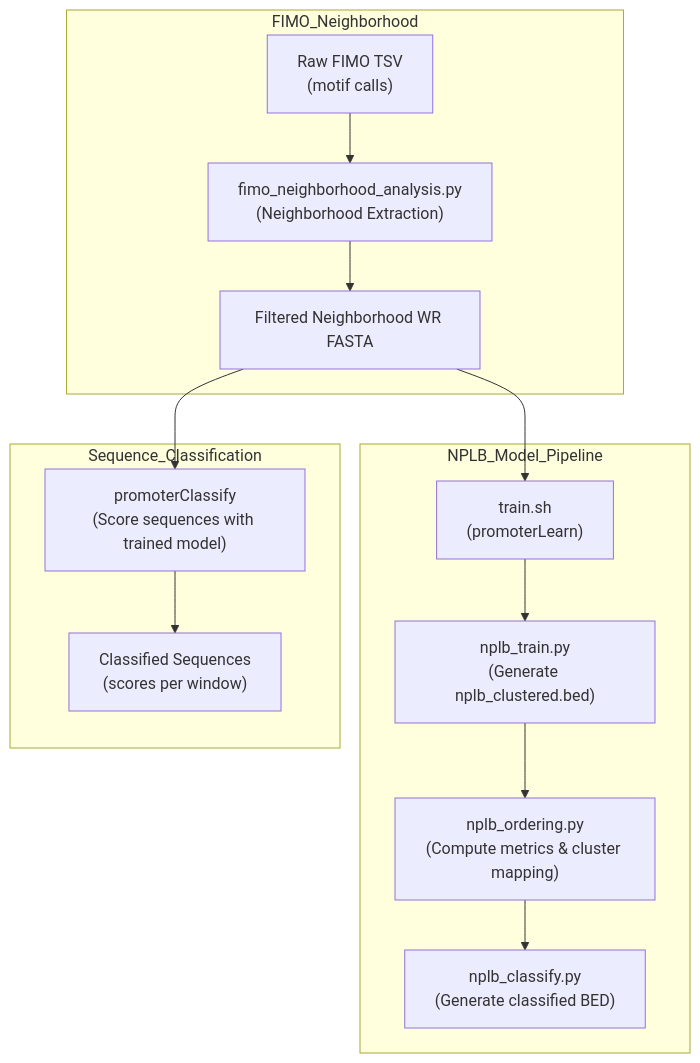
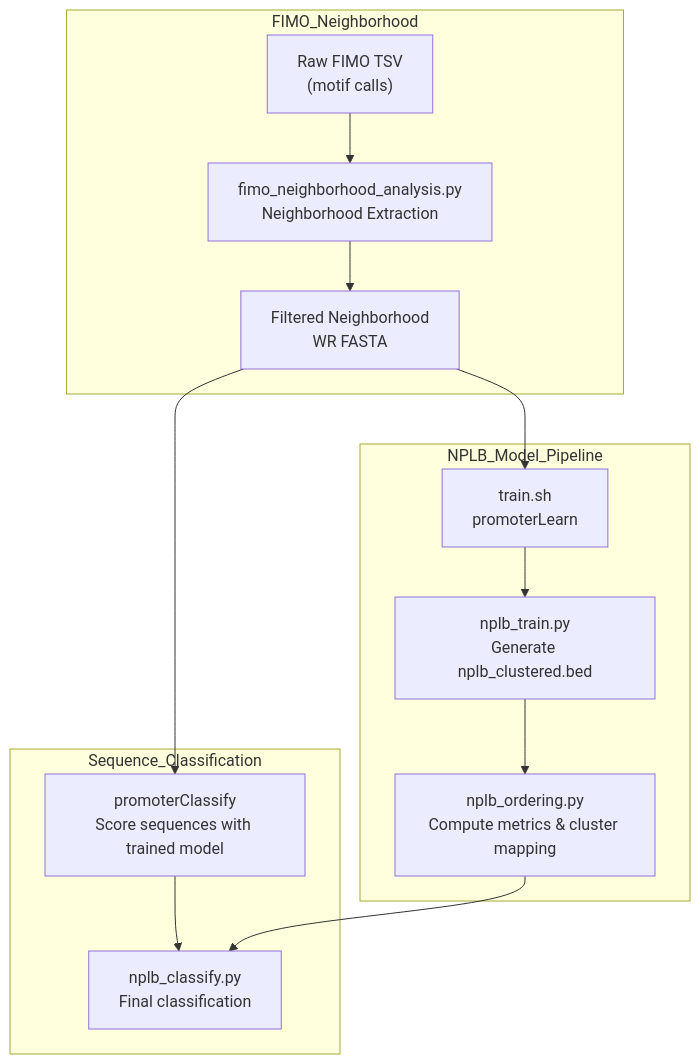
Before and after one commit to samarthherur/ctcf_sequence: the diagram in README.md, drawn with Mermaid.

````diff
--- a/README.md
+++ b/README.md
@@ -305,19 +305,27 @@
 ```mermaid
 flowchart TD
   subgraph FIMO_Neighborhood
-    A["Raw FIMO TSV\n(motif calls)"] --> B["fimo_neighborhood_analysis.py\n(Neighborhood Extraction)"]
-    B --> C["Filtered Neighborhood WR FASTA"]
+    A["Raw FIMO TSV
+(motif calls)"] --> B["fimo_neighborhood_analysis.py
+Neighborhood Extraction"]
+    B --> C["Filtered Neighborhood
+WR FASTA"]
   end
 
   subgraph NPLB_Model_Pipeline
-    C --> D["train.sh\n(promoterLearn)"]
-    D --> E["nplb_train.py\n(Generate nplb_clustered.bed)"]
-    E --> F["nplb_ordering.py\n(Compute metrics & cluster mapping)"]
-    F --> G["nplb_classify.py\n(Generate classified BED)"]
+    C --> D["train.sh
+promoterLearn"]
+    D --> E["nplb_train.py
+Generate nplb_clustered.bed"]
+    E --> F["nplb_ordering.py
+Compute metrics & cluster mapping"]
   end
 
   subgraph Sequence_Classification
-    C --> H["promoterClassify\n(Score sequences with trained model)"]
-    H --> I["Classified Sequences\n(scores per window)"]
+    C --> H["promoterClassify
+Score sequences with trained model"]
+    H --> G["nplb_classify.py
+Final classification"]
+    F --> G
   end
 ```
````
